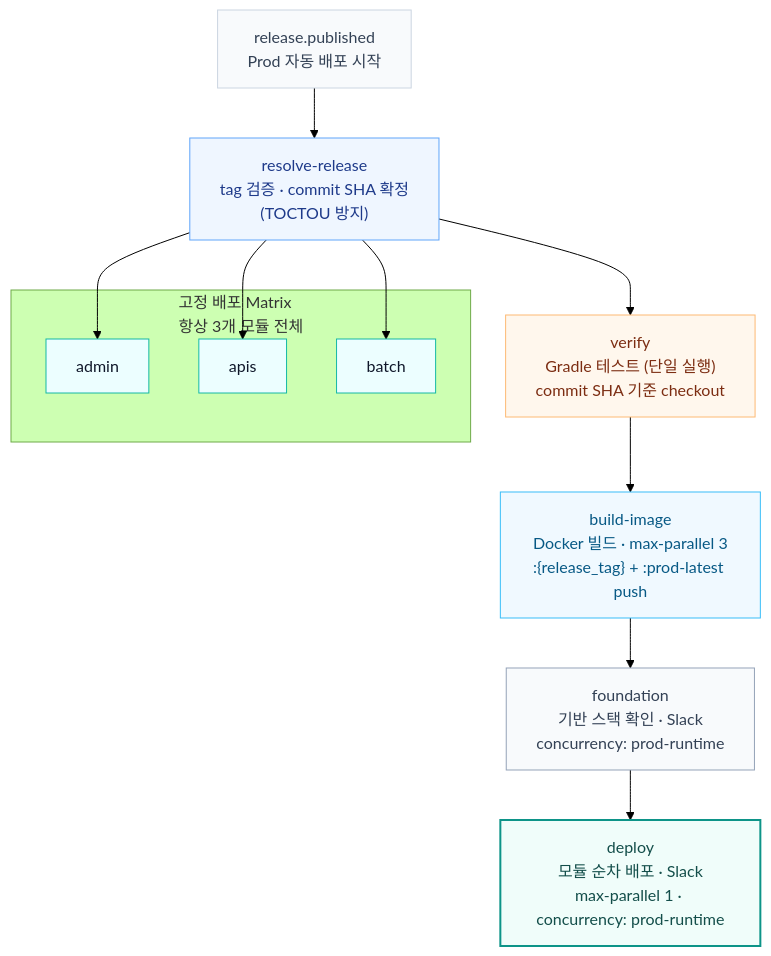
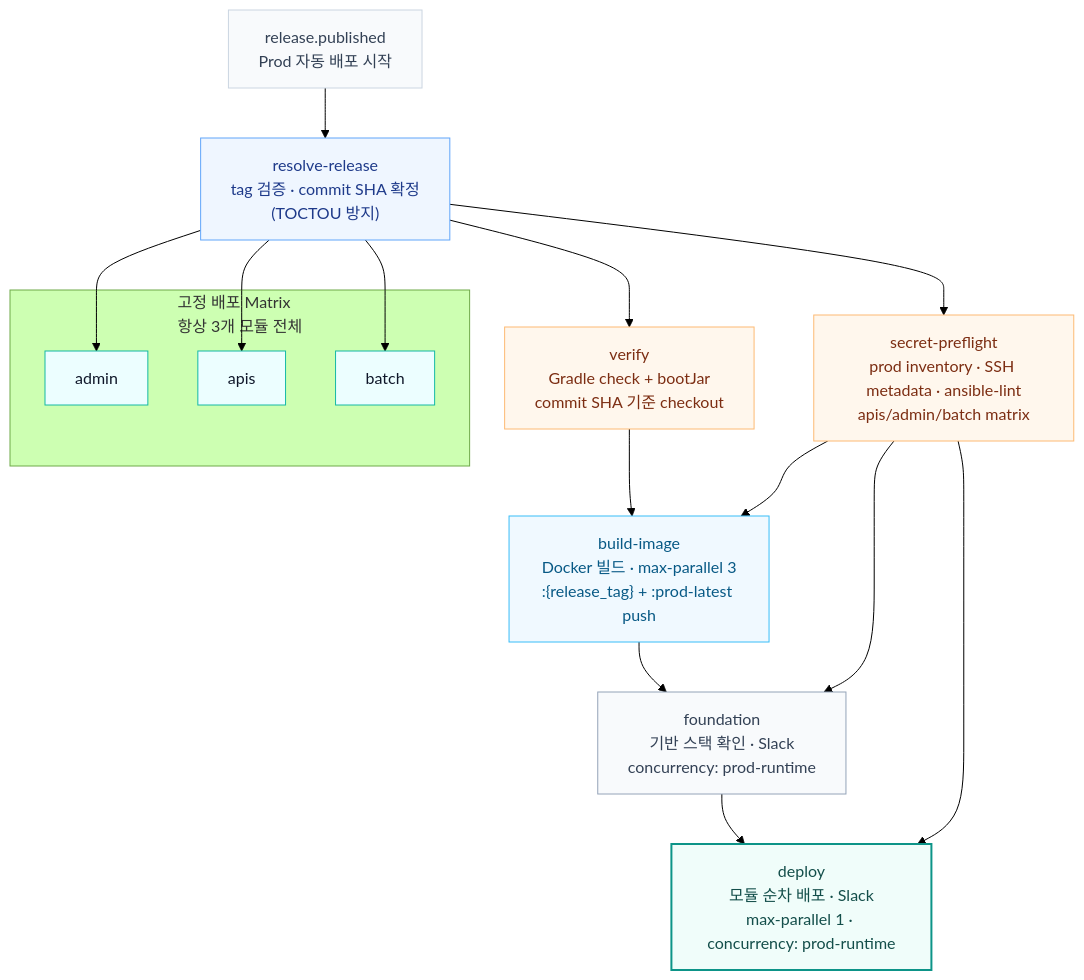
One commit to TEAM-BEAT/BEAT-SERVER changed the seventh of 14 diagrams in infra/README.md. Above: the diagram before and after it, drawn with Mermaid (forest theme). The commit also changed other lines of this file and 3 other files, not shown here.

````diff
--- a/infra/README.md
+++ b/infra/README.md
@@ -584,35 +584,41 @@
 ```mermaid
 flowchart TB
     Trigger["release.published<br/>Prod 자동 배포 시작"]:::event
 
     Resolve["resolve-release<br/>tag 검증 · commit SHA 확정<br/>(TOCTOU 방지)"]:::step
 
     subgraph FIXED["고정 배포 Matrix<br/>항상 3개 모듈 전체"]
         Admin["admin"]:::matrix
         APIs["apis"]:::matrix
         Batch["batch"]:::matrix
     end
 
-    Verify["verify<br/>Gradle 테스트 (단일 실행)<br/>commit SHA 기준 checkout"]:::verify
+    Verify["verify<br/>Gradle check + bootJar<br/>commit SHA 기준 checkout"]:::verify
+
+    SecretPreflight["secret-preflight<br/>prod inventory · SSH metadata · ansible-lint<br/>apis/admin/batch matrix"]:::verify
 
     Build["build-image<br/>Docker 빌드 · max-parallel 3<br/>:{release_tag} + :prod-latest push"]:::build
 
     Foundation["foundation<br/>기반 스택 확인 · Slack<br/>concurrency: prod-runtime"]:::infra
 
     Deploy["deploy<br/>모듈 순차 배포 · Slack<br/>max-parallel 1 · concurrency: prod-runtime"]:::deploy
 
     Trigger --> Resolve
     Resolve --> Admin & APIs & Batch
     Resolve --> Verify
+    Resolve --> SecretPreflight
     Verify --> Build
+    SecretPreflight --> Build
+    SecretPreflight --> Foundation
+    SecretPreflight --> Deploy
     Build --> Foundation
     Foundation --> Deploy
 
     classDef event fill:#F8FAFC,stroke:#CBD5E1,stroke-width:1px,color:#334155
     classDef step fill:#EFF6FF,stroke:#60A5FA,stroke-width:1px,color:#1E3A8A
     classDef matrix fill:#ECFEFF,stroke:#14B8A6,stroke-width:1px,color:#0F172A
     classDef verify fill:#FFF7ED,stroke:#FDBA74,stroke-width:1px,color:#7C2D12
     classDef build fill:#F0F9FF,stroke:#38BDF8,stroke-width:1px,color:#075985
     classDef infra fill:#F8FAFC,stroke:#94A3B8,stroke-width:1px,color:#334155
     classDef deploy fill:#F0FDFA,stroke:#0D9488,stroke-width:2px,color:#134E4A
 ```
````
